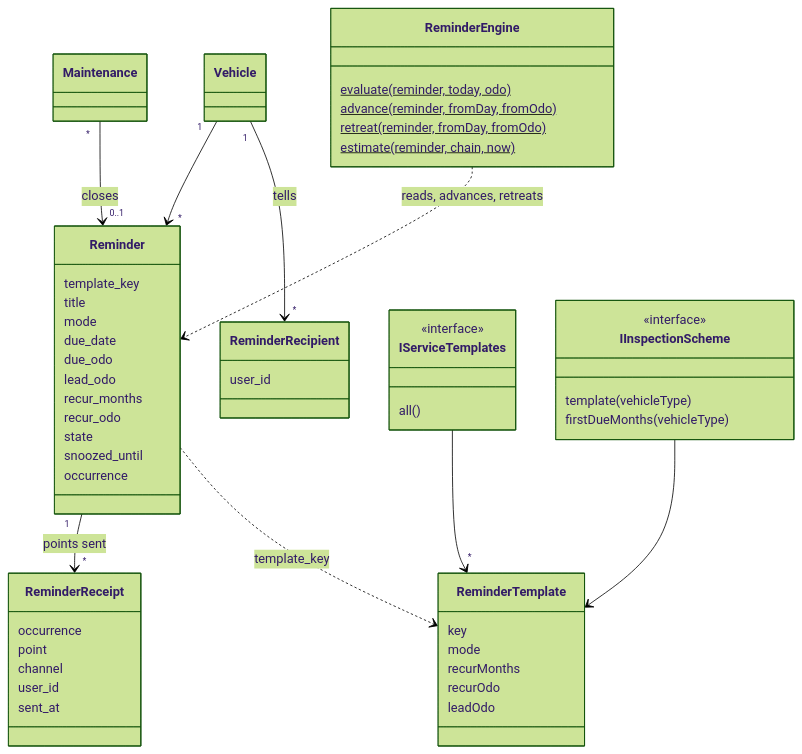
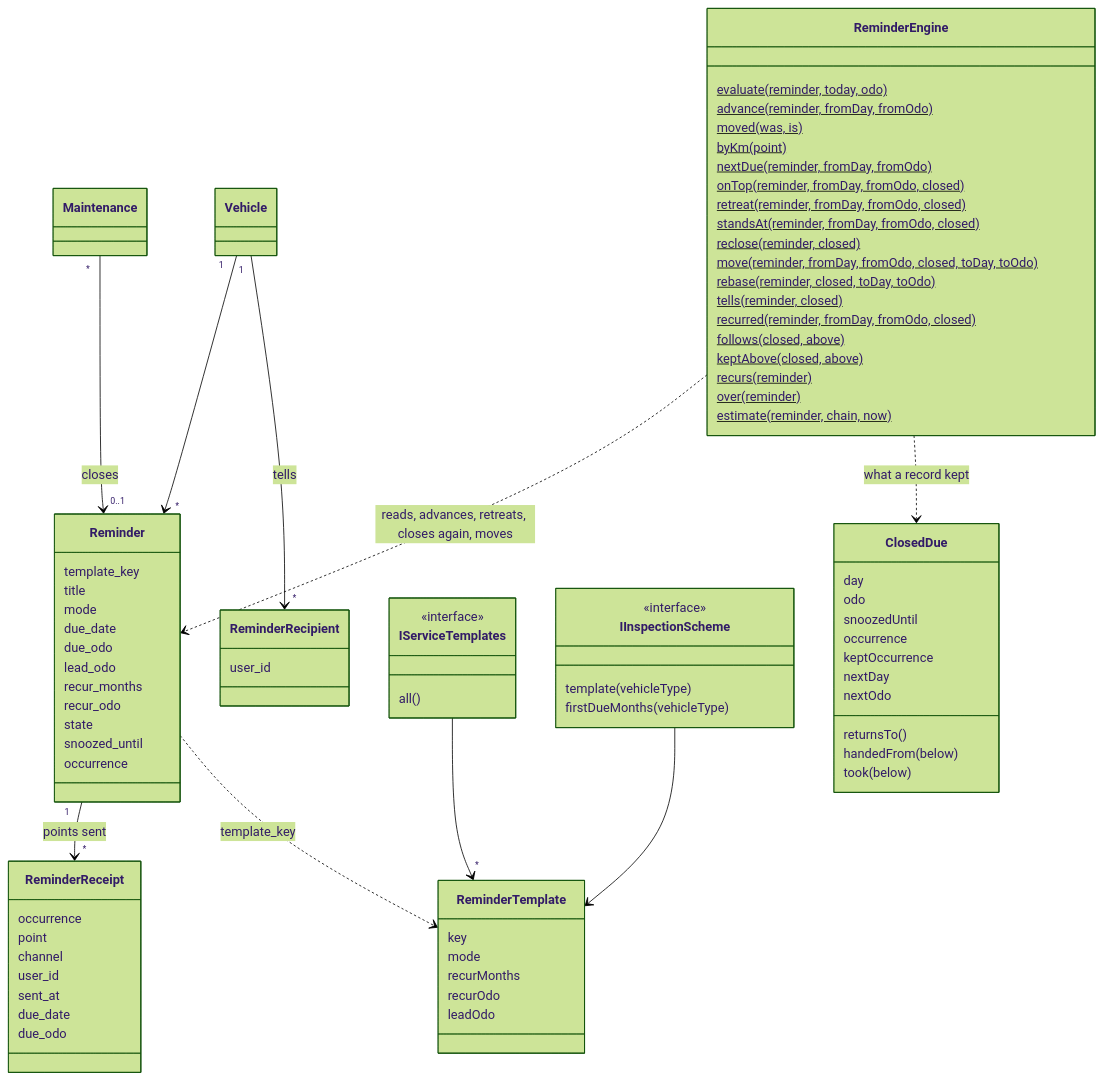
The second of 7 diagrams in docs/design/domain.md (typical42/next-fleet), drawn with Mermaid (forest theme) before and after one commit. The commit also changed other lines of this file and 53 other files, not shown here.

````diff
--- a/docs/design/domain.md
+++ b/docs/design/domain.md
@@ -124,6 +125,8 @@
         channel
         user_id
         sent_at
+        due_date
+        due_odo
     }
     class ReminderRecipient {
         user_id
@@ -147,8 +150,34 @@
     class ReminderEngine {
         evaluate(reminder, today, odo)$
         advance(reminder, fromDay, fromOdo)$
-        retreat(reminder, fromDay, fromOdo)$
+        moved(was, is)$
+        byKm(point)$
+        nextDue(reminder, fromDay, fromOdo)$
+        onTop(reminder, fromDay, fromOdo, closed)$
+        retreat(reminder, fromDay, fromOdo, closed)$
+        standsAt(reminder, fromDay, fromOdo, closed)$
+        reclose(reminder, closed)$
+        move(reminder, fromDay, fromOdo, closed, toDay, toOdo)$
+        rebase(reminder, closed, toDay, toOdo)$
+        tells(reminder, closed)$
+        recurred(reminder, fromDay, fromOdo, closed)$
+        follows(closed, above)$
+        keptAbove(closed, above)$
+        recurs(reminder)$
+        over(reminder)$
         estimate(reminder, chain, now)$
+    }
+    class ClosedDue {
+        day
+        odo
+        snoozedUntil
+        occurrence
+        keptOccurrence
+        nextDay
+        nextOdo
+        returnsTo()
+        handedFrom(below)
+        took(below)
     }
     Vehicle "1" --> "*" Reminder
     Vehicle "1" --> "*" ReminderRecipient : tells
@@ -157,5 +186,6 @@
     Reminder ..> ReminderTemplate : template_key
     IServiceTemplates --> "*" ReminderTemplate
     IInspectionScheme --> ReminderTemplate
-    ReminderEngine ..> Reminder : reads, advances, retreats
+    ReminderEngine ..> Reminder : reads, advances, retreats, closes again, moves
+    ReminderEngine ..> ClosedDue : what a record kept
 ```
````
